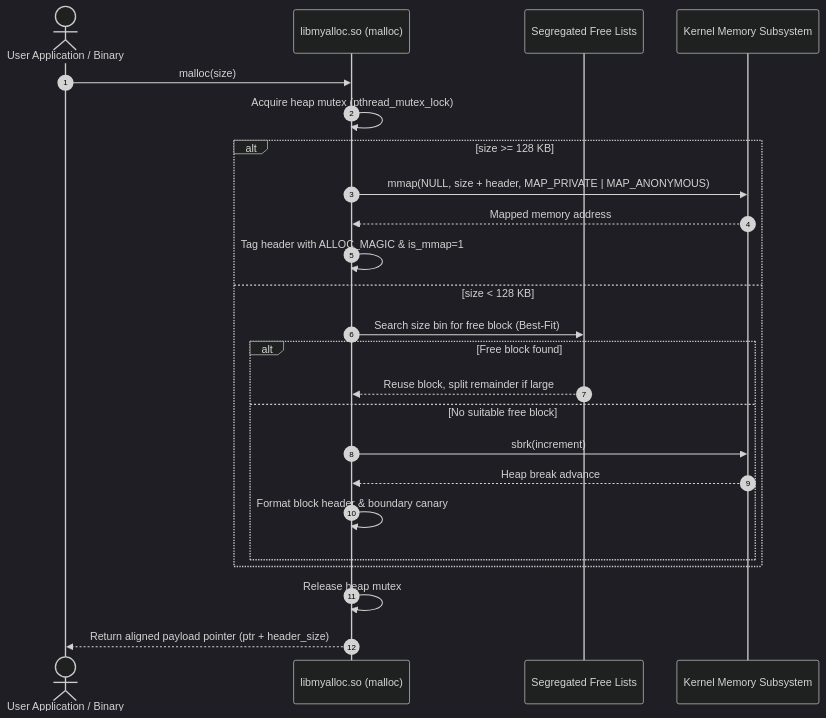
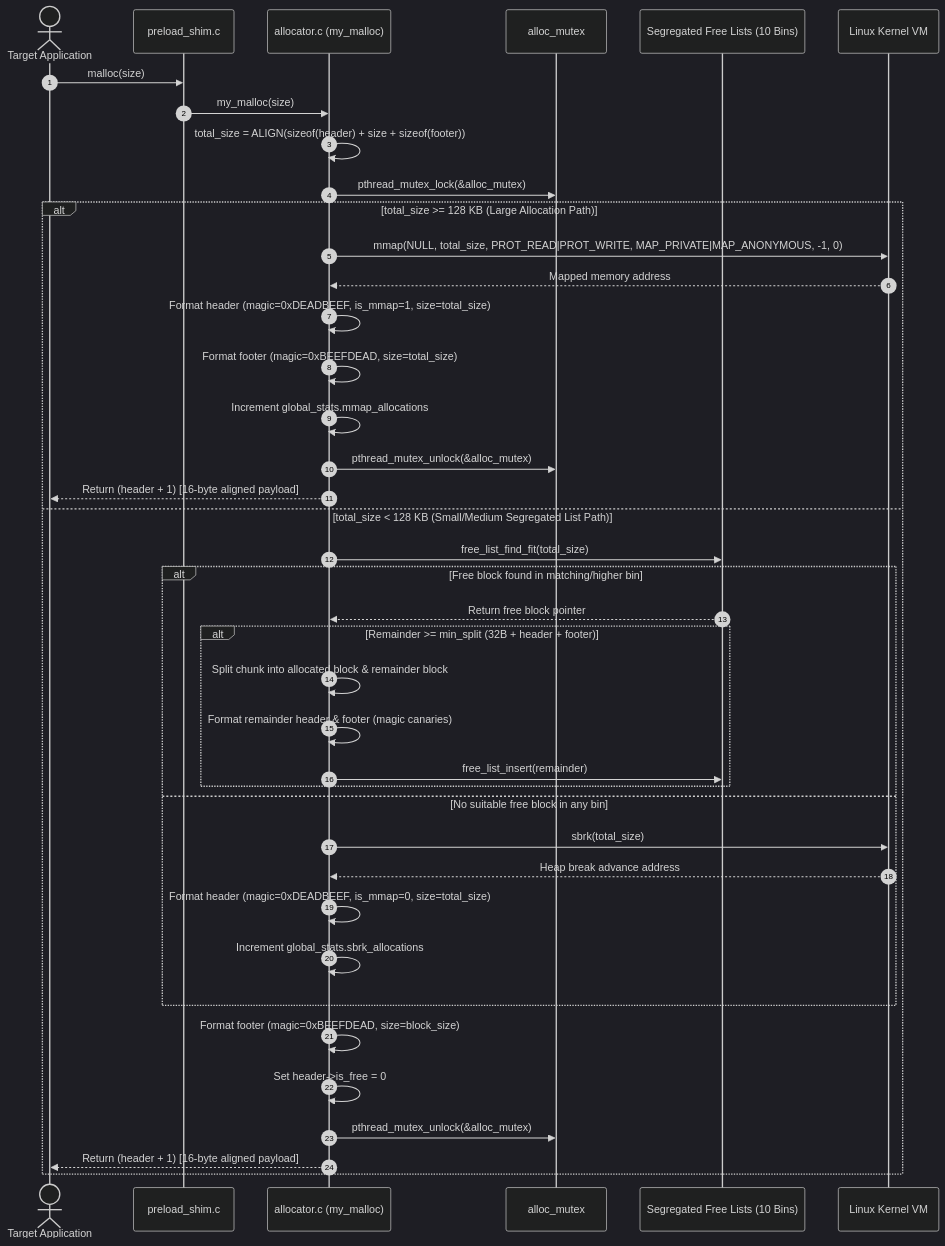
One commit to tejaswin-amara/Linux-Dynamic-Memory-Allocation-and-Memory-Monitoring-System changed the second of 4 diagrams in docs/architecture/data-flow.md. Above: the diagram before and after it, drawn with Mermaid (dark theme). The commit also changed other lines of this file and 11 other files, not shown here.

````diff
--- a/docs/architecture/data-flow.md
+++ b/docs/architecture/data-flow.md
@@ -34,27 +70,48 @@
 ```mermaid
 sequenceDiagram
     autonumber
-    actor App as User Application / Binary
-    participant Alloc as libmyalloc.so (malloc)
-    participant SegList as Segregated Free Lists
-    participant OS as Kernel Memory Subsystem
-    
-    App->>Alloc: malloc(size)
-    Alloc->>Alloc: Acquire heap mutex (pthread_mutex_lock)
-    alt size >= 128 KB
-        Alloc->>OS: mmap(NULL, size + header, MAP_PRIVATE | MAP_ANONYMOUS)
-        OS-->>Alloc: Mapped memory address
-        Alloc->>Alloc: Tag header with ALLOC_MAGIC & is_mmap=1
-    else size < 128 KB
-        Alloc->>SegList: Search size bin for free block (Best-Fit)
-        alt Free block found
-            SegList-->>Alloc: Reuse block, split remainder if large
-        else No suitable free block
-            Alloc->>OS: sbrk(increment)
-            OS-->>Alloc: Heap break advance
-            Alloc->>Alloc: Format block header & boundary canary
+    actor App as Target Application
+    participant Shim as preload_shim.c
+    participant Alloc as allocator.c (my_malloc)
+    participant Mutex as alloc_mutex
+    participant Bins as Segregated Free Lists (10 Bins)
+    participant Kernel as Linux Kernel VM
+
+    App->>Shim: malloc(size)
+    Shim->>Alloc: my_malloc(size)
+    Alloc->>Alloc: total_size = ALIGN(sizeof(header) + size + sizeof(footer))
+
+    Alloc->>Mutex: pthread_mutex_lock(&alloc_mutex)
+
+    alt total_size >= 128 KB (Large Allocation Path)
+        Alloc->>Kernel: mmap(NULL, total_size, PROT_READ|PROT_WRITE, MAP_PRIVATE|MAP_ANONYMOUS, -1, 0)
+        Kernel-->>Alloc: Mapped memory address
+        Alloc->>Alloc: Format header (magic=0xDEADBEEF, is_mmap=1, size=total_size)
+        Alloc->>Alloc: Format footer (magic=0xBEEFDEAD, size=total_size)
+        Alloc->>Alloc: Increment global_stats.mmap_allocations
+        Alloc->>Mutex: pthread_mutex_unlock(&alloc_mutex)
+        Alloc-->>App: Return (header + 1) [16-byte aligned payload]
+
+    else total_size < 128 KB (Small/Medium Segregated List Path)
+        Alloc->>Bins: free_list_find_fit(total_size)
+        
+        alt Free block found in matching/higher bin
+            Bins-->>Alloc: Return free block pointer
+            alt Remainder >= min_split (32B + header + footer)
+                Alloc->>Alloc: Split chunk into allocated block & remainder block
+                Alloc->>Alloc: Format remainder header & footer (magic canaries)
+                Alloc->>Bins: free_list_insert(remainder)
+            end
+        else No suitable free block in any bin
+            Alloc->>Kernel: sbrk(total_size)
+            Kernel-->>Alloc: Heap break advance address
+            Alloc->>Alloc: Format header (magic=0xDEADBEEF, is_mmap=0, size=total_size)
+            Alloc->>Alloc: Increment global_stats.sbrk_allocations
         end
+
+        Alloc->>Alloc: Format footer (magic=0xBEEFDEAD, size=block_size)
+        Alloc->>Alloc: Set header->is_free = 0
+        Alloc->>Mutex: pthread_mutex_unlock(&alloc_mutex)
+        Alloc-->>App: Return (header + 1) [16-byte aligned payload]
     end
-    Alloc->>Alloc: Release heap mutex
-    Alloc-->>App: Return aligned payload pointer (ptr + header_size)
 ```
````
